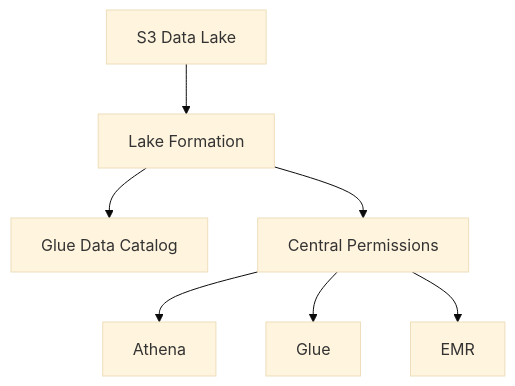
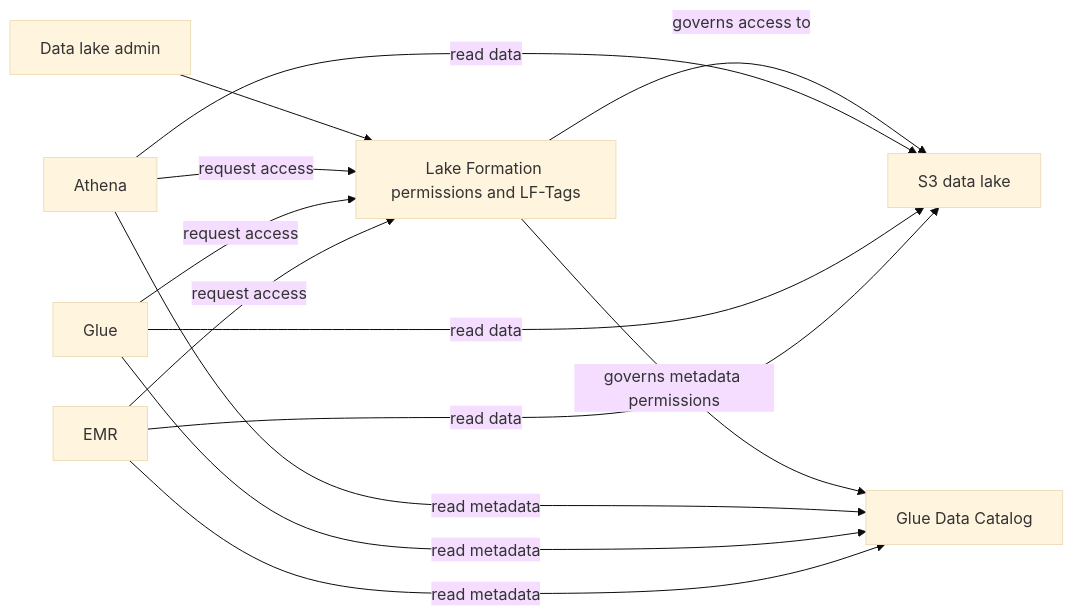
Before and after one commit to rooneyviet/aws-learning-obsidian: the diagram in 08 - Analytics and Data Lake/AWS Lake Formation.md, drawn with Mermaid (base theme). The commit also changed 16 other files, not shown here.

Commit message:
update diagrams

````diff
--- a/08 - Analytics and Data Lake/AWS Lake Formation.md
+++ b/08 - Analytics and Data Lake/AWS Lake Formation.md
@@ -25,9 +25,15 @@
 ```mermaid
-flowchart TD
-    S3[S3 Data Lake] --> LF[Lake Formation]
-    LF --> GC[Glue Data Catalog]
-    LF --> PERM[Central Permissions]
-    PERM --> ATH[Athena]
-    PERM --> GL[Glue]
-    PERM --> EMR[EMR]
+flowchart LR
+    Admin[Data lake admin] --> LF[Lake Formation permissions and LF-Tags]
+    LF -->|governs access to| S3[S3 data lake]
+    LF -->|governs metadata permissions| GC[Glue Data Catalog]
+    ATH[Athena] -->|request access| LF
+    GL[Glue] -->|request access| LF
+    EMR[EMR] -->|request access| LF
+    ATH -->|read metadata| GC
+    ATH -->|read data| S3
+    GL -->|read metadata| GC
+    GL -->|read data| S3
+    EMR -->|read metadata| GC
+    EMR -->|read data| S3
 ```
````
